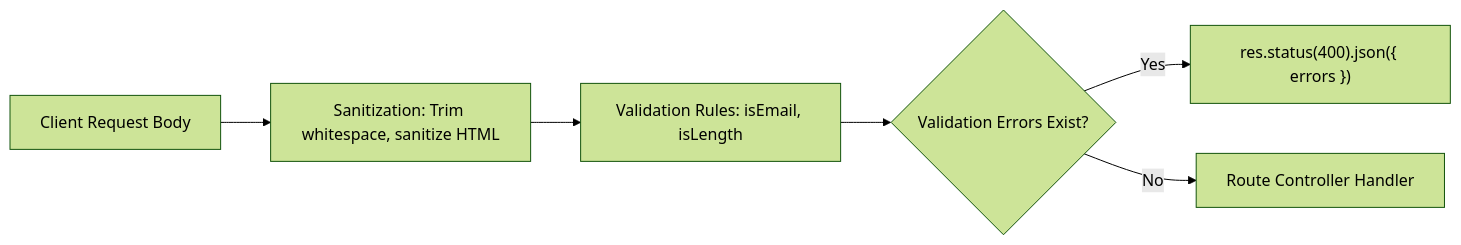
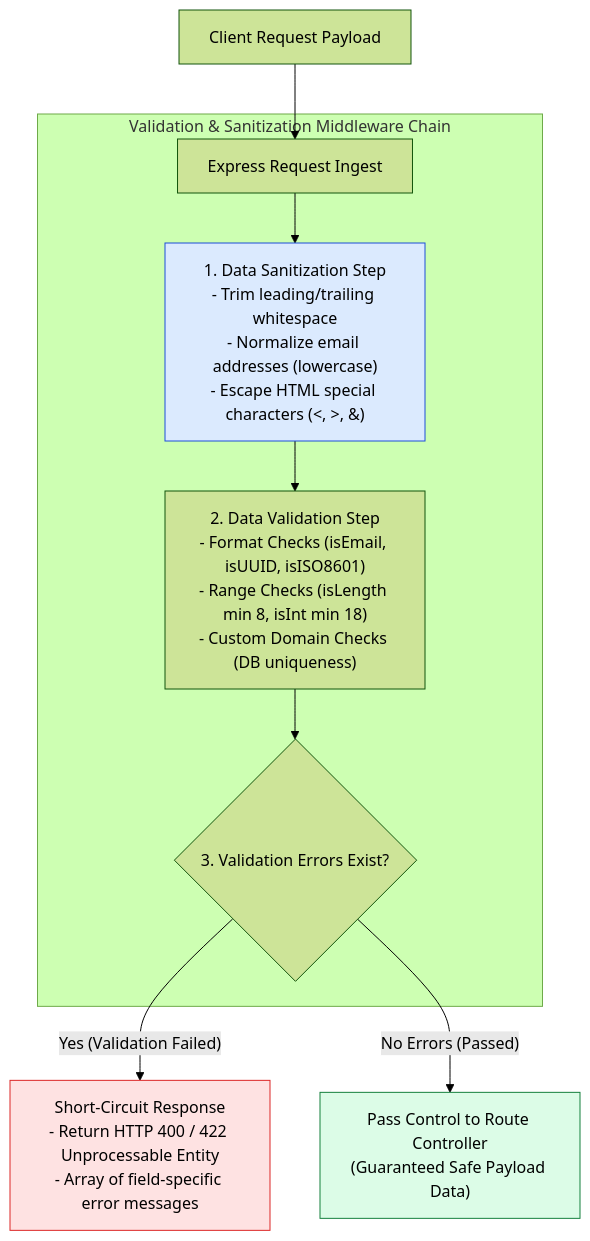
The first of 3 diagrams in express-notes/13-request-validation.md (Amie-dev/engineering-playbook), drawn with Mermaid (forest theme) before and after one commit. The commit also changed other lines of this file and 26 other files, not shown here.

````diff
--- a/express-notes/13-request-validation.md
+++ b/express-notes/13-request-validation.md
@@ -10,8 +13,17 @@
 ```mermaid
-flowchart LR
-    Req[Client Request Body] --> Sanitize[Sanitization: Trim whitespace, sanitize HTML]
-    Sanitize --> Validate[Validation Rules: isEmail, isLength]
-    Validate --> Check{Validation Errors Exist?}
-    Check -- Yes --> 400Response["res.status(400).json({ errors })"]
-    Check -- No --> Controller[Route Controller Handler]
+flowchart TD
+    ClientReq[Client Request Payload] --> Ingest[Express Request Ingest]
+
+    subgraph Validation & Sanitization Middleware Chain
+        Ingest --> Sanitize["1. Data Sanitization Step<br/>- Trim leading/trailing whitespace<br/>- Normalize email addresses (lowercase)<br/>- Escape HTML special characters (<, >, &)"]
+        Sanitize --> Validate["2. Data Validation Step<br/>- Format Checks (isEmail, isUUID, isISO8601)<br/>- Range Checks (isLength min 8, isInt min 18)<br/>- Custom Domain Checks (DB uniqueness)"]
+        Validate --> CheckErrors{3. Validation Errors Exist?}
+    end
+
+    CheckErrors -- "Yes (Validation Failed)" --> Early400["Short-Circuit Response<br/>- Return HTTP 400 / 422 Unprocessable Entity<br/>- Array of field-specific error messages"]
+    CheckErrors -- "No Errors (Passed)" --> Controller["Pass Control to Route Controller<br/>(Guaranteed Safe Payload Data)"]
+
+    style Sanitize fill:#dbeafe,stroke:#1d4ed8
+    style Controller fill:#dcfce7,stroke:#15803d
+    style Early400 fill:#fee2e2,stroke:#dc2626
 ```
````
